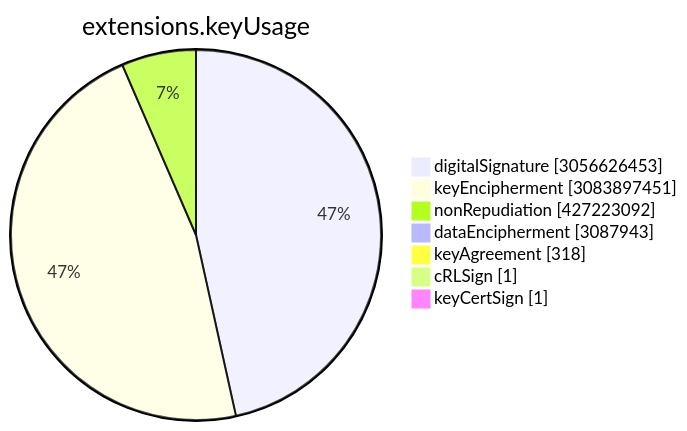
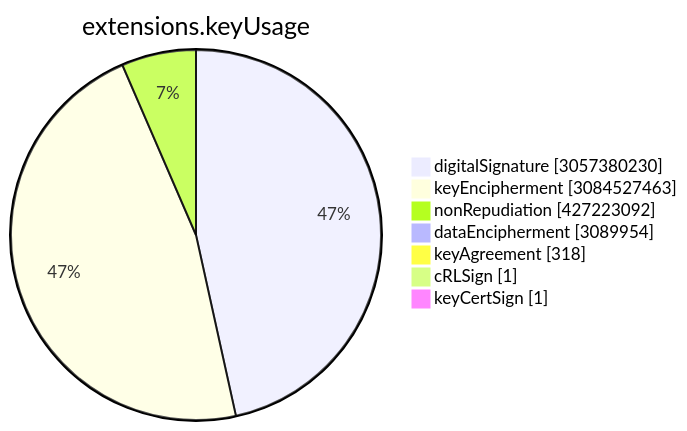
One commit to christiankrug/ctmonitor_visualization changed the sixth of 15 diagrams in TOTAL/README.md. Above: the diagram before and after it, drawn with Mermaid. The commit also changed other lines of this file, not shown here.

````diff
--- a/TOTAL/README.md
+++ b/TOTAL/README.md
@@ -3075,11 +3075,11 @@
 ```mermaid
 pie showData
 title extensions.keyUsage
-"digitalSignature" :3056626453
-"keyEncipherment" :3083897451
+"digitalSignature" :3057380230
+"keyEncipherment" :3084527463
 "nonRepudiation" :427223092
-"dataEncipherment" :3087943
+"dataEncipherment" :3089954
 "keyAgreement" :318
 "cRLSign" :1
 "keyCertSign" :1
 ```
````
